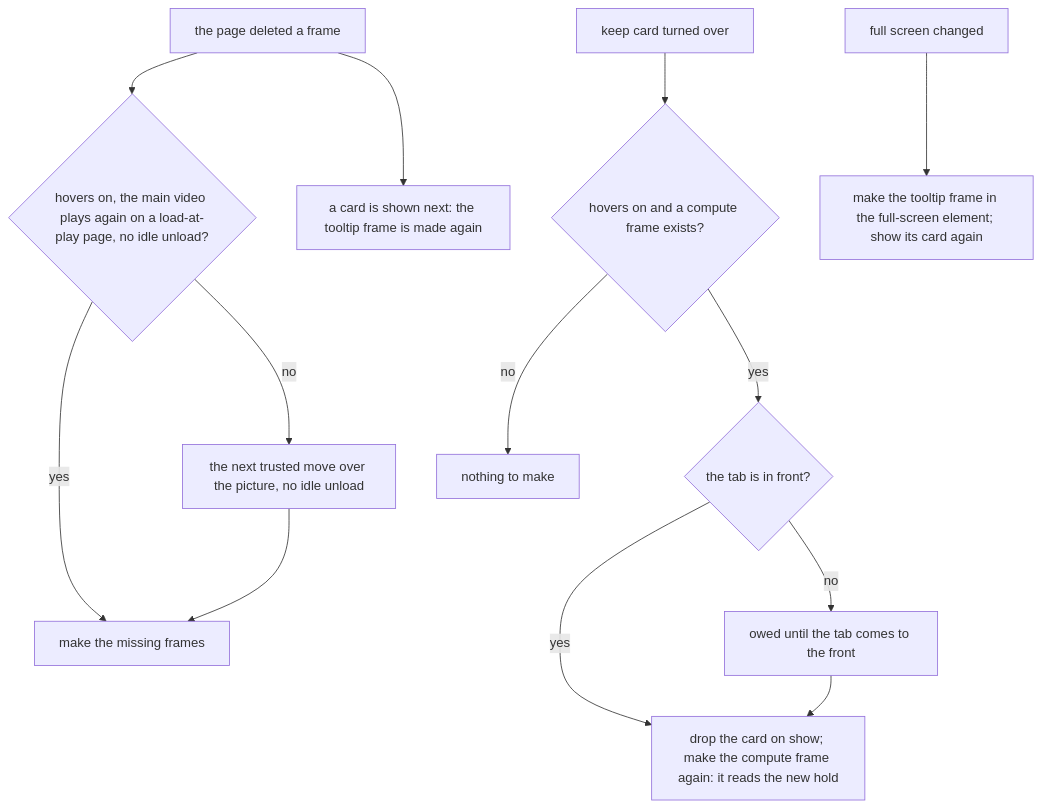
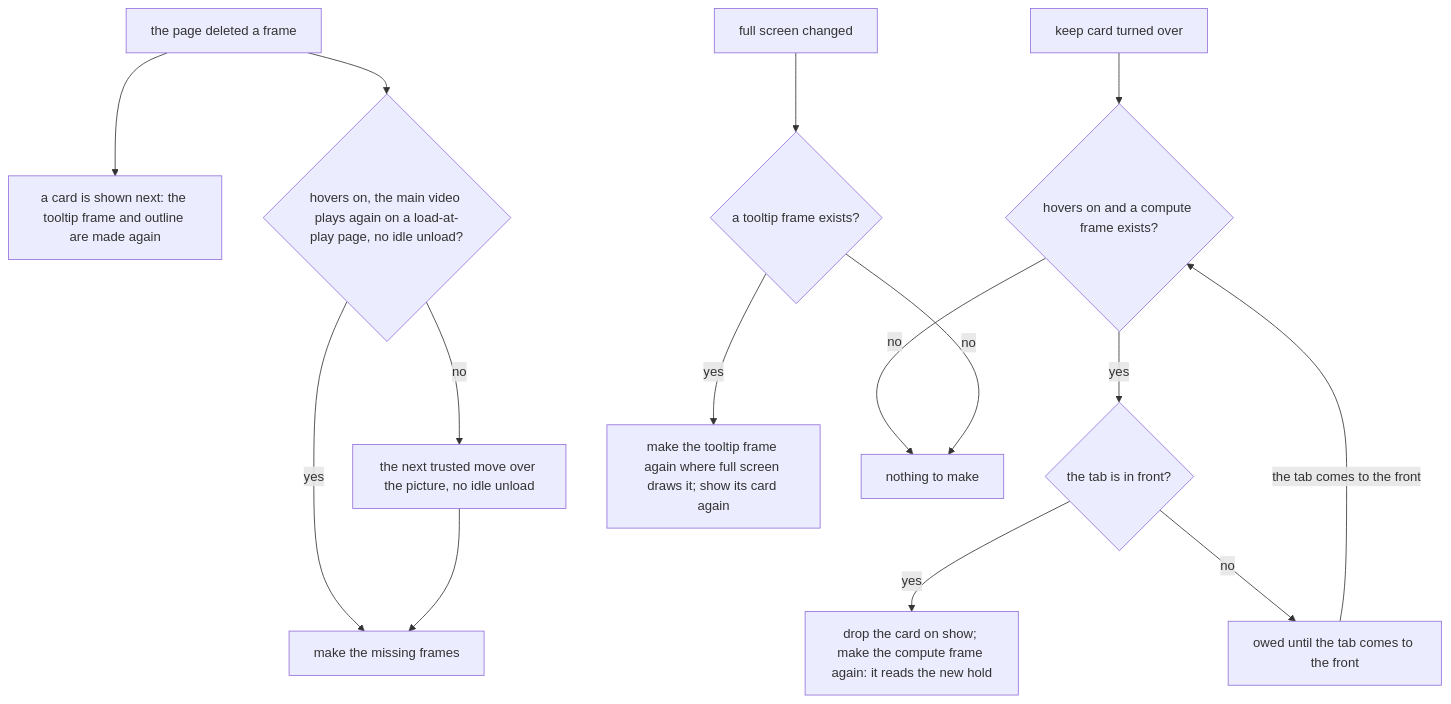
One commit to ryangswe/kenbunshoku changed the seventh of 14 diagrams in docs/hover-map.md. Above: the diagram before and after it, drawn with Mermaid. The commit also changed other lines of this file and 4 other files, not shown here.

````diff
--- a/docs/hover-map.md
+++ b/docs/hover-map.md
@@ -257,27 +302,31 @@
 ```mermaid
 flowchart TD
   GONE["the page deleted a frame"]
-  SHOWN["a card is shown next: the tooltip frame is made again"]
-  KEEP["keep card turned over"]
-  FS["full screen changed"]
+  SHOWN["a card is shown next: the tooltip frame and outline are made again"]
   PLAYS{"hovers on, the main video plays again on a load-at-play page, no idle unload?"}
   MOVE["the next trusted move over the picture, no idle unload"]
+  ENSURE["make the missing frames"]
+  KEEP["keep card turned over"]
   RUNNING{"hovers on and a compute frame exists?"}
   FRONT{"the tab is in front?"}
-  LATER["owed until the tab comes to the front"]
+  OWED["owed until the tab comes to the front"]
   REMAKE_C["drop the card on show; make the compute frame again: it reads the new hold"]
-  REMAKE_T["make the tooltip frame in the full-screen element; show its card again"]
-  ENSURE["make the missing frames"]
+  FS["full screen changed"]
+  EXISTS{"a tooltip frame exists?"}
+  REMAKE_T["make the tooltip frame again where full screen draws it; show its card again"]
   NOTHING["nothing to make"]
 
   GONE --> PLAYS
   GONE --> SHOWN
   PLAYS -->|yes| ENSURE
   PLAYS -->|no| MOVE --> ENSURE
   KEEP --> RUNNING
   RUNNING -->|no| NOTHING
   RUNNING -->|yes| FRONT
   FRONT -->|yes| REMAKE_C
-  FRONT -->|no| LATER --> REMAKE_C
-  FS --> REMAKE_T
+  FRONT -->|no| OWED
+  OWED -->|"the tab comes to the front"| RUNNING
+  FS --> EXISTS
+  EXISTS -->|no| NOTHING
+  EXISTS -->|yes| REMAKE_T
 ```
````
